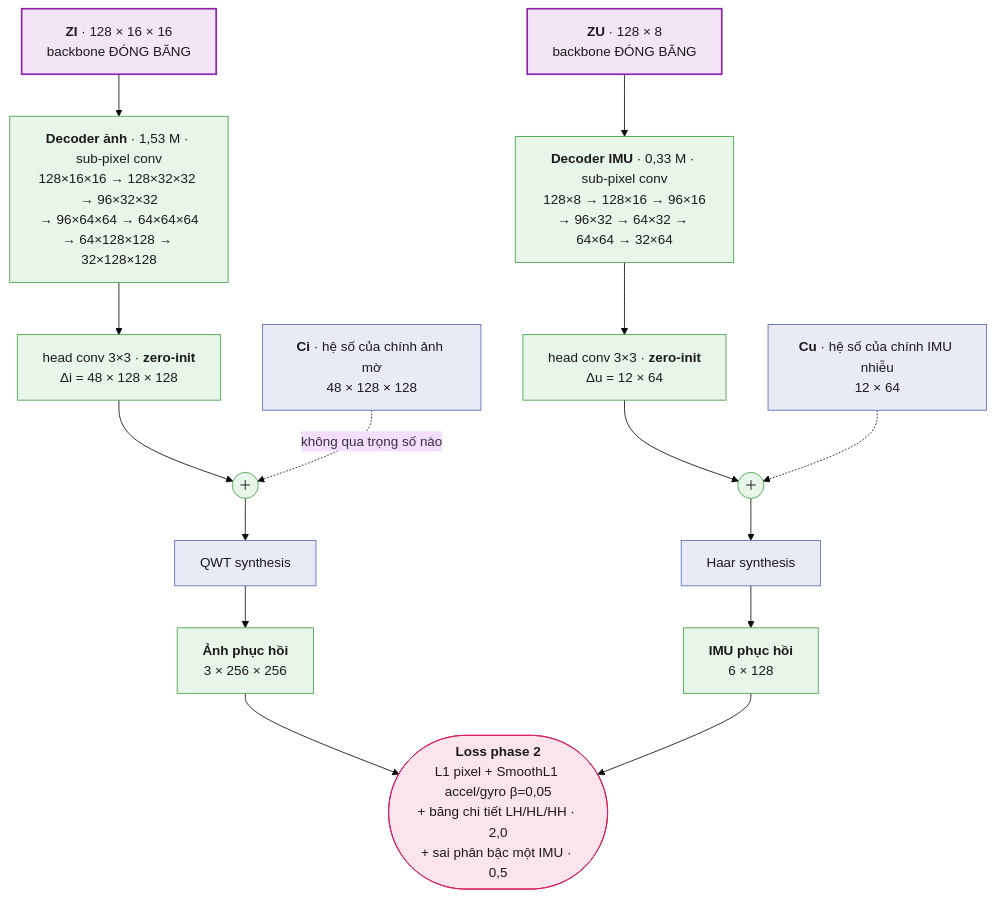
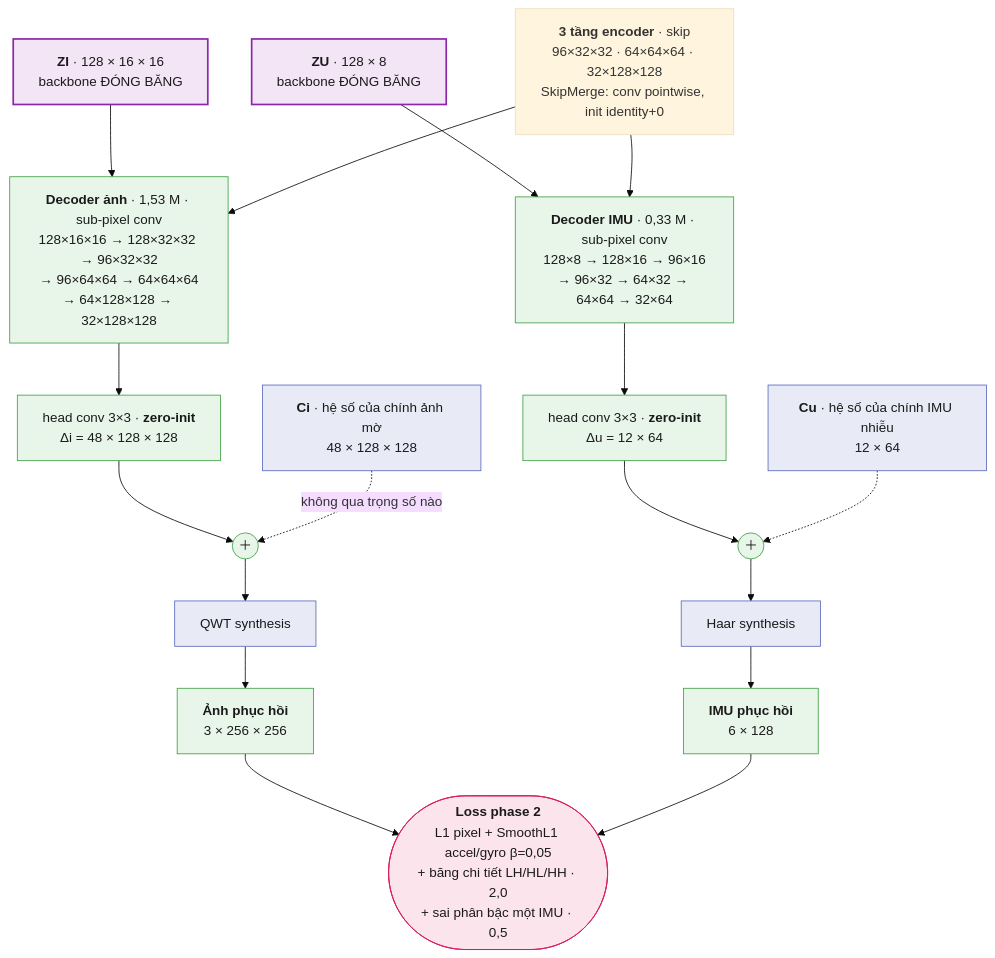
One commit to leesanghyoek/qwt_jepa_ver3 changed the fourth of 4 diagrams in README.md. Above: the diagram before and after it, drawn with Mermaid (base theme). The commit also changed other lines of this file and 9 other files, not shown here.

````diff
--- a/README.md
+++ b/README.md
@@ -126,30 +126,34 @@
 ```mermaid
 flowchart TB
     ZI["<b>ZI</b> · 128 × 16 × 16<br/>backbone ĐÓNG BĂNG"]
     ZU["<b>ZU</b> · 128 × 8<br/>backbone ĐÓNG BĂNG"]
     DI["<b>Decoder ảnh</b> · 1,53 M · sub-pixel conv<br/>128×16×16 → 128×32×32 → 96×32×32<br/>→ 96×64×64 → 64×64×64<br/>→ 64×128×128 → 32×128×128"]
     DU["<b>Decoder IMU</b> · 0,33 M · sub-pixel conv<br/>128×8 → 128×16 → 96×16<br/>→ 96×32 → 64×32 → 64×64 → 32×64"]
     HI["head conv 3×3 · <b>zero-init</b><br/>Δi = 48 × 128 × 128"]
     HU["head conv 3×3 · <b>zero-init</b><br/>Δu = 12 × 64"]
     CI["<b>Ci</b> · hệ số của chính ảnh mờ<br/>48 × 128 × 128"]
     CU["<b>Cu</b> · hệ số của chính IMU nhiễu<br/>12 × 64"]
     PI(("＋"))
     PU(("＋"))
     SI["QWT synthesis"]
     SU["Haar synthesis"]
     OI["<b>Ảnh phục hồi</b><br/>3 × 256 × 256"]
     OU["<b>IMU phục hồi</b><br/>6 × 128"]
     L1(["<b>Loss phase 2</b><br/>L1 pixel + SmoothL1 accel/gyro β=0,05<br/>+ băng chi tiết LH/HL/HH · 2,0<br/>+ sai phân bậc một IMU · 0,5"])
+    SK["<b>3 tầng encoder</b> · skip<br/>96×32×32 · 64×64×64 · 32×128×128<br/>SkipMerge: conv pointwise, init identity+0"]
     ZI --> DI --> HI --> PI --> SI --> OI --> L1
     ZU --> DU --> HU --> PU --> SU --> OU --> L1
+    SK --> DI
+    SK --> DU
     CI -. "không qua trọng số nào" .-> PI
     CU -.-> PU
     classDef tf fill:#e8eaf6,stroke:#5c6bc0,color:#1a1a1a
     classDef lat fill:#f3e5f5,stroke:#8e24aa,stroke-width:2px,color:#1a1a1a
     classDef p2 fill:#e8f5e9,stroke:#43a047,color:#1a1a1a
     classDef loss fill:#fce4ec,stroke:#d81b60,color:#1a1a1a
     class ZI,ZU lat
     class CI,CU,SI,SU tf
     class DI,DU,HI,HU,PI,PU,OI,OU p2
+    class SK bb
     class L1 loss
 ```
````
